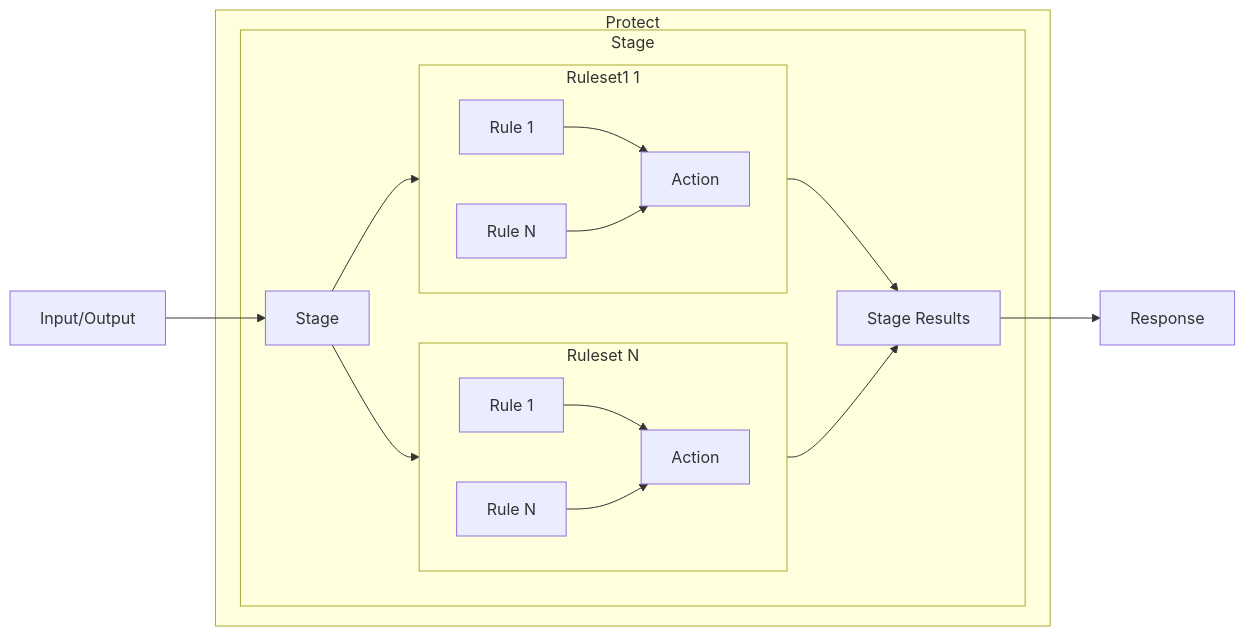
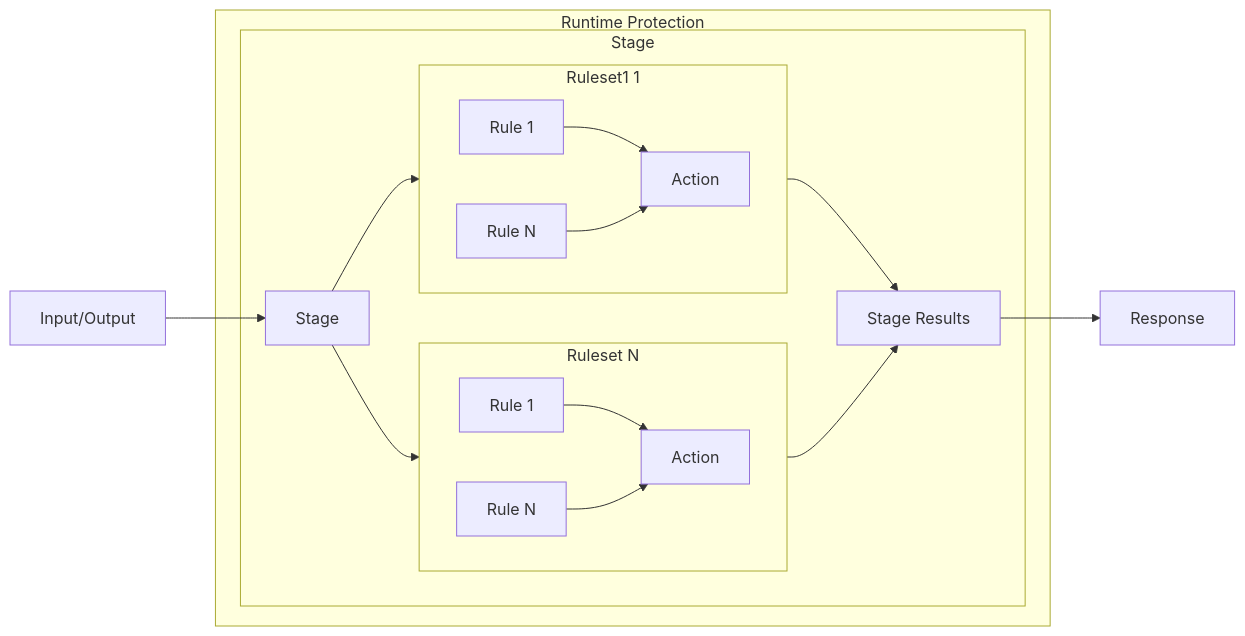
Before and after one commit to fastmcp-me/docs-official: the diagram in concepts/protect/overview.mdx, drawn with Mermaid. The commit also changed other lines of this file and 85 other files, not shown here.

````diff
--- a/concepts/protect/overview.mdx
+++ b/concepts/protect/overview.mdx
@@ -37,39 +28,39 @@
 ```mermaid
 flowchart LR
     A[Input/Output] --> C
 
-    subgraph PG[Protect]
+    subgraph PG[Runtime Protection]
 
         subgraph SG[Stage]
 
             subgraph RS1[Ruleset1 1]
                 direction LR
                 RS1R1[Rule 1]
                 RS1RN[Rule N]
                 RS1A[Action]
 
                 RS1R1 --> RS1A
                 RS1RN --> RS1A
             end
 
             subgraph RSN[Ruleset N]
                 direction LR
                 RSNR1[Rule 1]
                 RSNRN[Rule N]
                 RSNA[Action]
 
                 RSNR1 --> RSNA
                 RSNRN --> RSNA
             end
 
             C[Stage] --> RS1
             C[Stage] --> RSN
 
             RS1 --> H[Stage Results]
             RSN --> H
         end
 
     end
 
     H --> J[Response]
 ```
````
